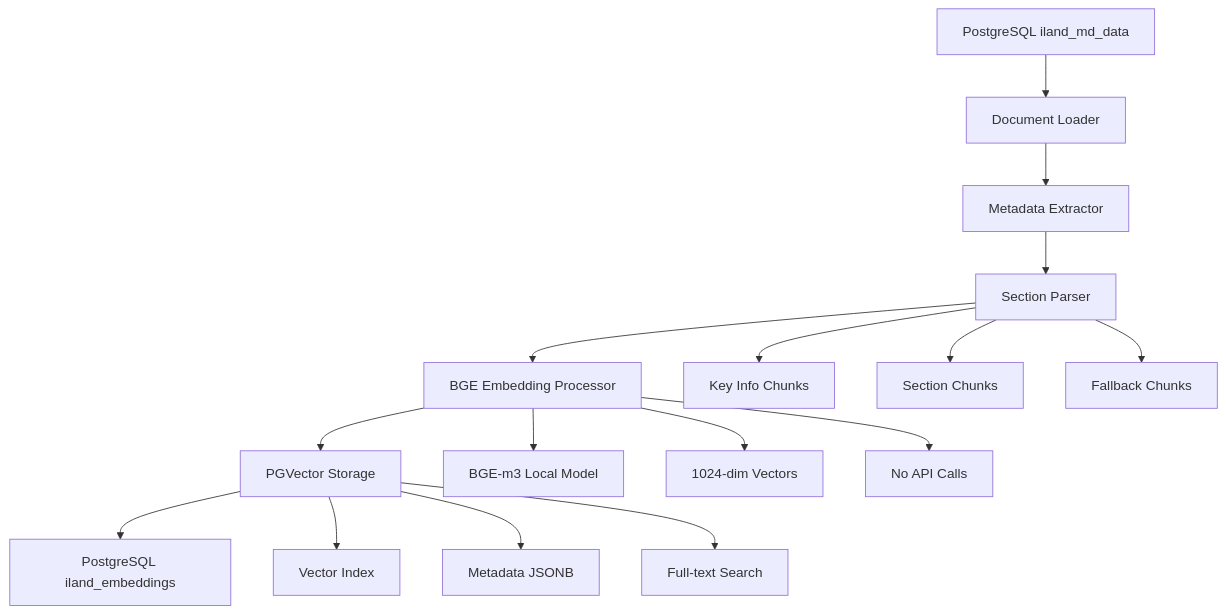
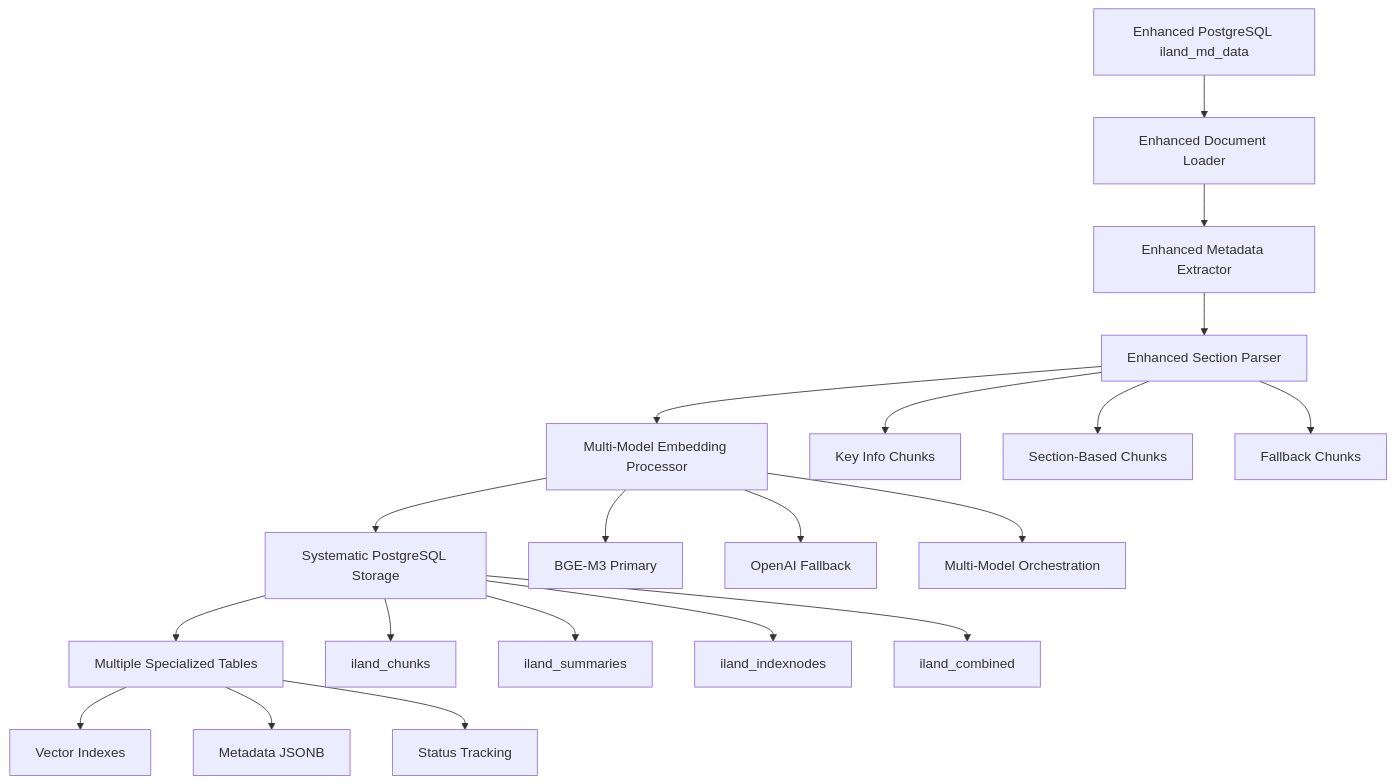
The diagram in src-iLand/docs_embedding_postgres/README.md (tkhongsap/llama-index-rag-pipeline), drawn with Mermaid before and after one commit. The commit also changed other lines of this file and 5 other files, not shown here.

First line of the commit message:
feat: Enhance PostgreSQL pipeline with systematic vector storage and metadata management

````diff
--- a/src-iLand/docs_embedding_postgres/README.md
+++ b/src-iLand/docs_embedding_postgres/README.md
@@ -233,21 +409,26 @@
 ```mermaid
 graph TD
-    A[PostgreSQL iland_md_data] --> B[Document Loader]
-    B --> C[Metadata Extractor]
-    C --> D[Section Parser]
-    D --> E[BGE Embedding Processor]
-    E --> F[PGVector Storage]
-    F --> G[PostgreSQL iland_embeddings]
+    A[Enhanced PostgreSQL iland_md_data] --> B[Enhanced Document Loader]
+    B --> C[Enhanced Metadata Extractor]
+    C --> D[Enhanced Section Parser]
+    D --> E[Multi-Model Embedding Processor]
+    E --> F[Systematic PostgreSQL Storage]
+    F --> G[Multiple Specialized Tables]
     
     D --> D1[Key Info Chunks]
-    D --> D2[Section Chunks]
+    D --> D2[Section-Based Chunks]
     D --> D3[Fallback Chunks]
     
-    E --> E1[BGE-m3 Local Model]
-    E --> E2[1024-dim Vectors]
-    E --> E3[No API Calls]
+    E --> E1[BGE-M3 Primary]
+    E --> E2[OpenAI Fallback]
+    E --> E3[Multi-Model Orchestration]
     
-    F --> F1[Vector Index]
-    F --> F2[Metadata JSONB]
-    F --> F3[Full-text Search]
+    F --> F1[iland_chunks]
+    F --> F2[iland_summaries]
+    F --> F3[iland_indexnodes]
+    F --> F4[iland_combined]
+    
+    G --> G1[Vector Indexes]
+    G --> G2[Metadata JSONB]
+    G --> G3[Status Tracking]
 ```
````
